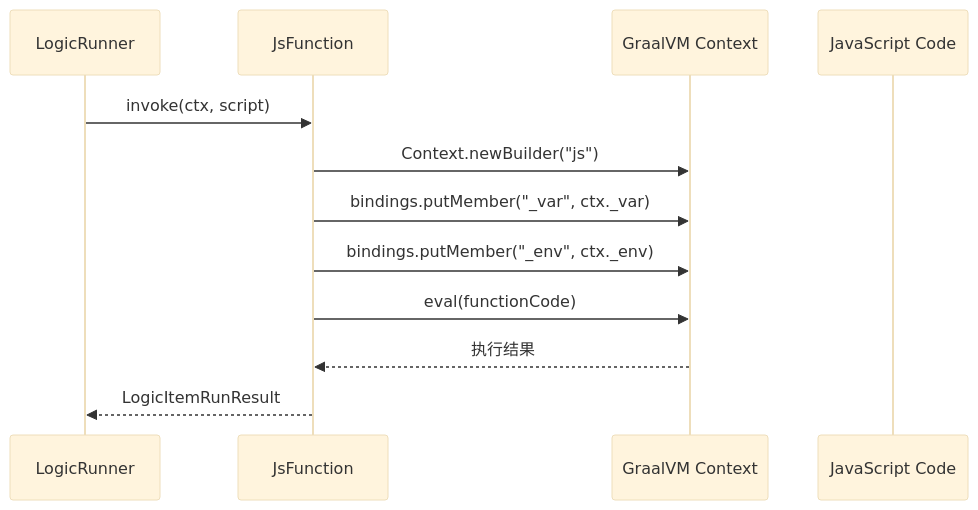
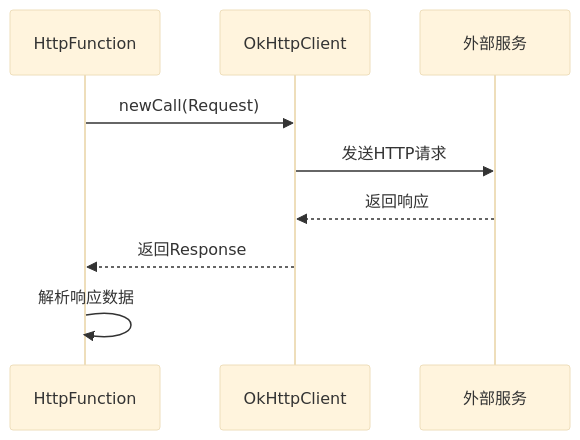
The second of 4 diagrams in .qoder/repowiki/zh/content/技术栈与依赖.md (lk-keep-fighting/logic-solution), drawn with Mermaid (base theme) before and after one commit. The commit also changed other lines of this file and 104 other files, not shown here.

````diff
--- a/.qoder/repowiki/zh/content/技术栈与依赖.md
+++ b/.qoder/repowiki/zh/content/技术栈与依赖.md
@@ -108,14 +83,11 @@
 ```mermaid
 sequenceDiagram
-participant Runtime as LogicRunner
-participant JsFunc as JsFunction
-participant Graal as GraalVM Context
-participant Script as JavaScript Code
-Runtime->>JsFunc : invoke(ctx, script)
-JsFunc->>Graal : Context.newBuilder("js")
-JsFunc->>Graal : bindings.putMember("_var", ctx._var)
-JsFunc->>Graal : bindings.putMember("_env", ctx._env)
-JsFunc->>Graal : eval(functionCode)
-Graal-->>JsFunc : 执行结果
-JsFunc-->>Runtime : LogicItemRunResult
+participant Function as HttpFunction
+participant Client as OkHttpClient
+participant Server as 外部服务
+Function->>Client : newCall(Request)
+Client->>Server : 发送HTTP请求
+Server-->>Client : 返回响应
+Client-->>Function : 返回Response
+Function->>Function : 解析响应数据
 ```
````
